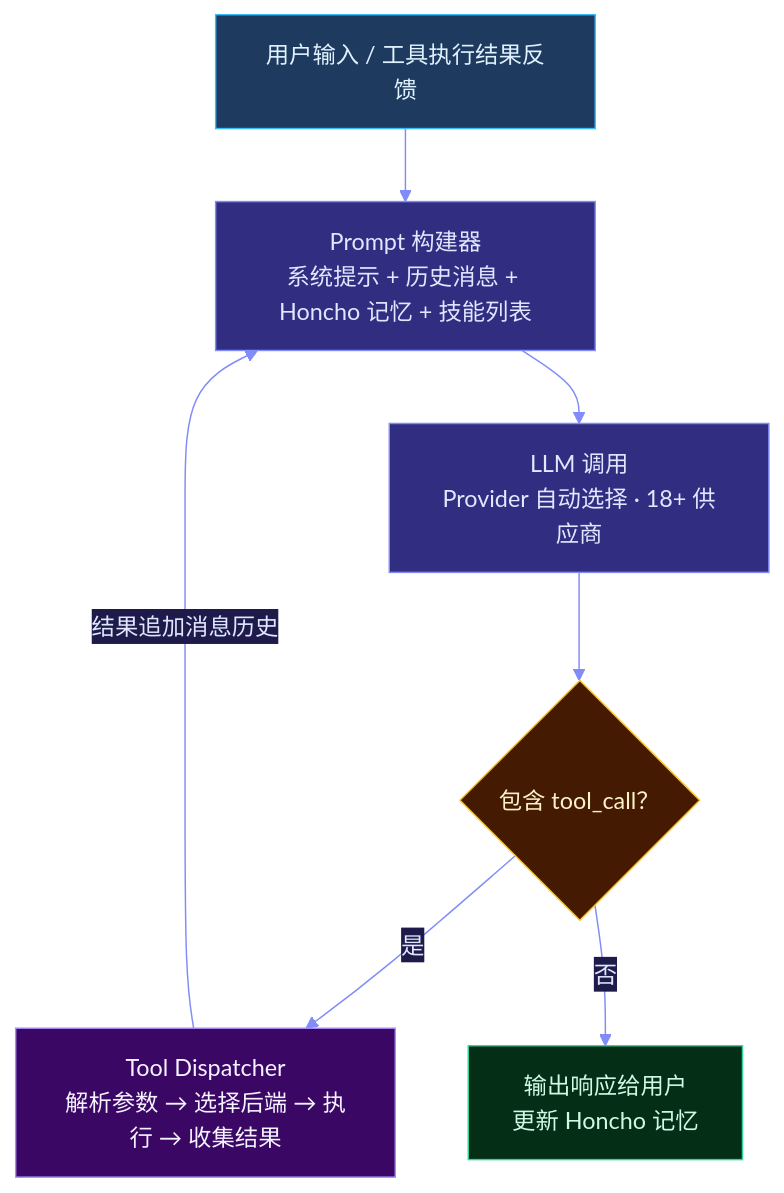
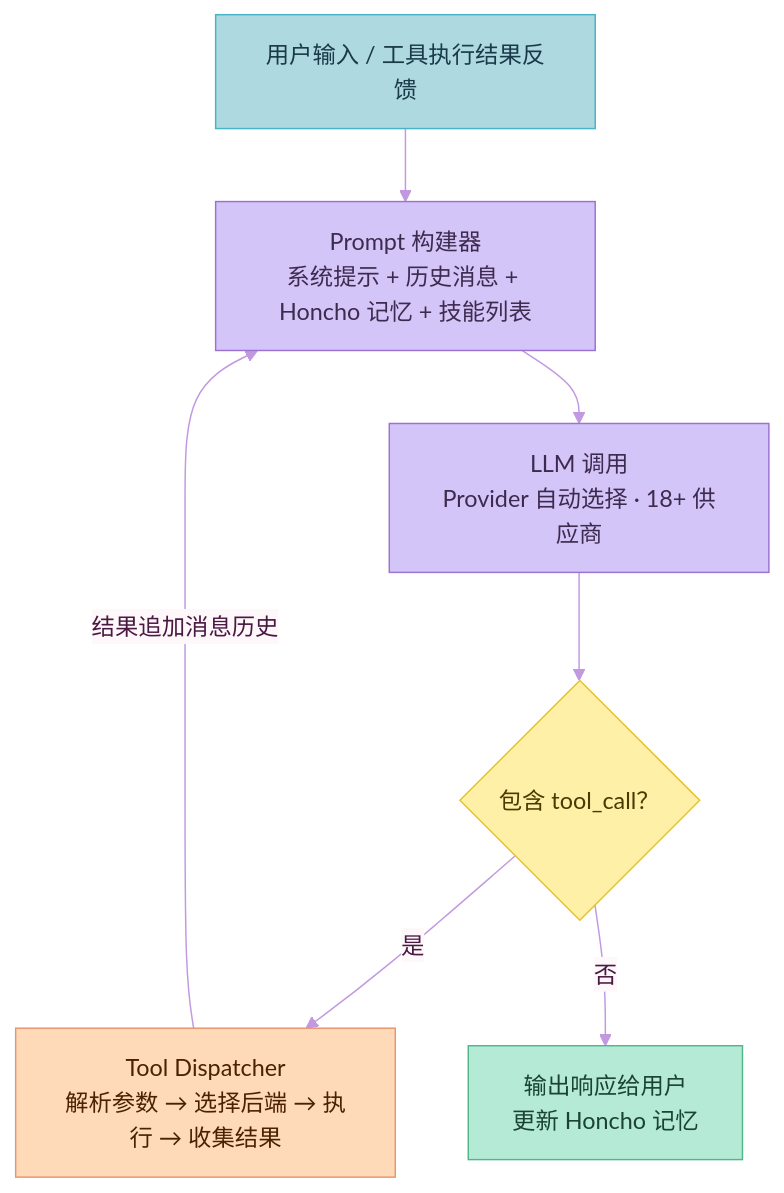
Before and after one commit to xuqi2024/xuqi2024.github.io: the second of 10 diagrams in source/_posts/2026-04-13-hermes-agent深度完全解读.md, drawn with Mermaid. The commit also changed other lines of this file and 3 other files, not shown here.

First line of the commit message:
style: 将所有 Mermaid 图表配色改为马卡龙色系，修复节点换行显示

````diff
--- a/source/_posts/2026-04-13-hermes-agent深度完全解读.md
+++ b/source/_posts/2026-04-13-hermes-agent深度完全解读.md
@@ -70,21 +70,21 @@
 ```mermaid
-%%{init: {'theme': 'base', 'themeVariables': {'primaryColor': '#1e1b4b', 'primaryTextColor': '#e0e7ff', 'primaryBorderColor': '#818cf8', 'lineColor': '#818cf8', 'secondaryColor': '#2e1065', 'tertiaryColor': '#0c3a4a', 'background': '#0a0914', 'mainBkg': '#1e1b4b', 'nodeBorder': '#818cf8', 'clusterBkg': '#110d2e', 'clusterBorder': '#4f46e5', 'titleColor': '#c7d2fe', 'edgeLabelBackground': '#1e1b4b'}}}%%
+%%{init: {'theme': 'base', 'themeVariables': {'primaryColor': '#FFB3C1', 'primaryTextColor': '#4A1942', 'primaryBorderColor': '#FF85A1', 'lineColor': '#C299E0', 'secondaryColor': '#C8E6C9', 'tertiaryColor': '#AED9E0', 'background': '#FFF8FB', 'mainBkg': '#FFB3C1', 'nodeBorder': '#FF85A1', 'clusterBkg': '#FFF0F7', 'clusterBorder': '#FFB3C1', 'titleColor': '#6D3B8C', 'edgeLabelBackground': '#FFF8FB'}}}%%
 flowchart TD
-    classDef input fill:#1e3a5f,stroke:#38bdf8,color:#e0f2fe
-    classDef process fill:#312e81,stroke:#818cf8,color:#e0e7ff
-    classDef decision fill:#451a03,stroke:#fbbf24,color:#fef3c7
-    classDef tool fill:#3b0764,stroke:#a78bfa,color:#f5f3ff
-    classDef output fill:#052e16,stroke:#34d399,color:#d1fae5
+    classDef input fill:#AED9E0,stroke:#48B2C8,color:#1A3A4A
+    classDef process fill:#D4C5F9,stroke:#9B72CF,color:#3D2B4F
+    classDef decision fill:#FFF0A8,stroke:#E6C229,color:#4A3900
+    classDef tool fill:#FFDAB9,stroke:#E8956D,color:#4A2200
+    classDef output fill:#B5EAD7,stroke:#52B788,color:#1B4332
 
     A["用户输入 / 工具执行结果反馈"]:::input
-    B["Prompt 构建器\n系统提示 + 历史消息 + Honcho 记忆 + 技能列表"]:::process
-    C["LLM 调用\nProvider 自动选择 · 18+ 供应商"]:::process
+    B["Prompt 构建器<br/>系统提示 + 历史消息 + Honcho 记忆 + 技能列表"]:::process
+    C["LLM 调用<br/>Provider 自动选择 · 18+ 供应商"]:::process
     D{"包含 tool_call？"}:::decision
-    E["Tool Dispatcher\n解析参数 → 选择后端 → 执行 → 收集结果"]:::tool
-    F["输出响应给用户\n更新 Honcho 记忆"]:::output
+    E["Tool Dispatcher<br/>解析参数 → 选择后端 → 执行 → 收集结果"]:::tool
+    F["输出响应给用户<br/>更新 Honcho 记忆"]:::output
 
     A --> B --> C --> D
     D -- 是 --> E
     D -- 否 --> F
     E -- 结果追加消息历史 --> B
 ```
````
